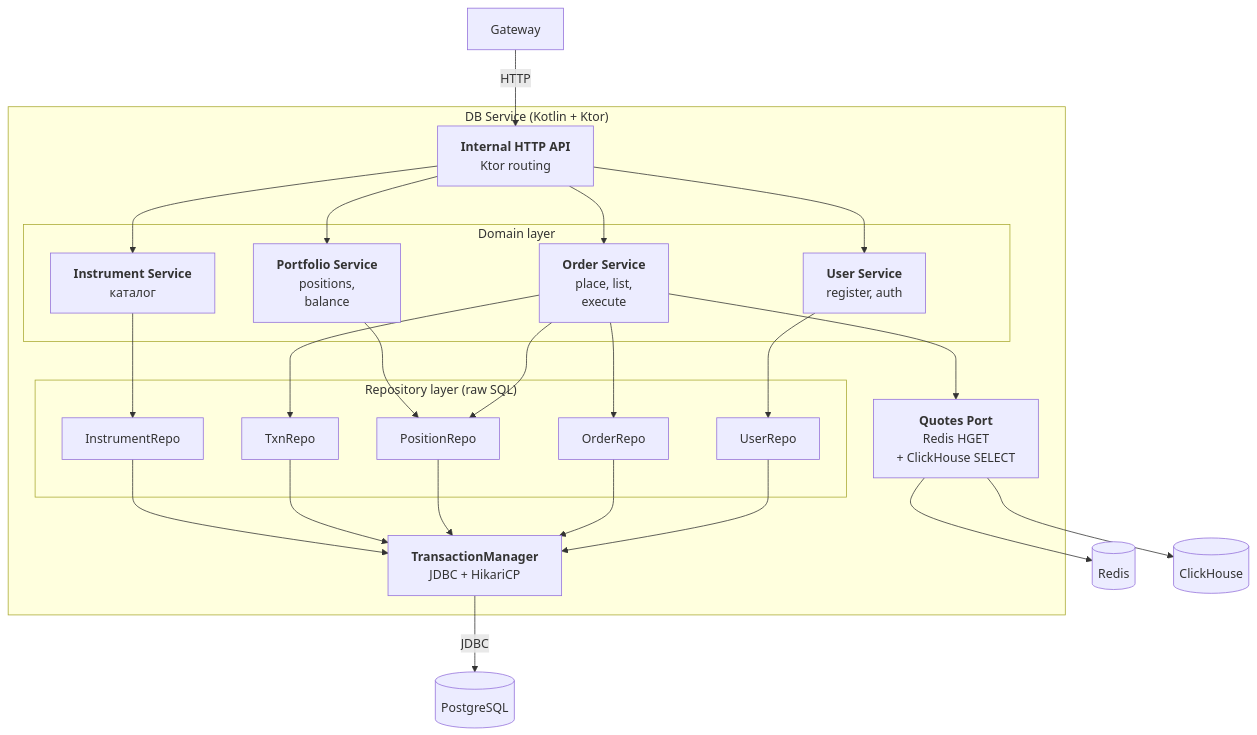
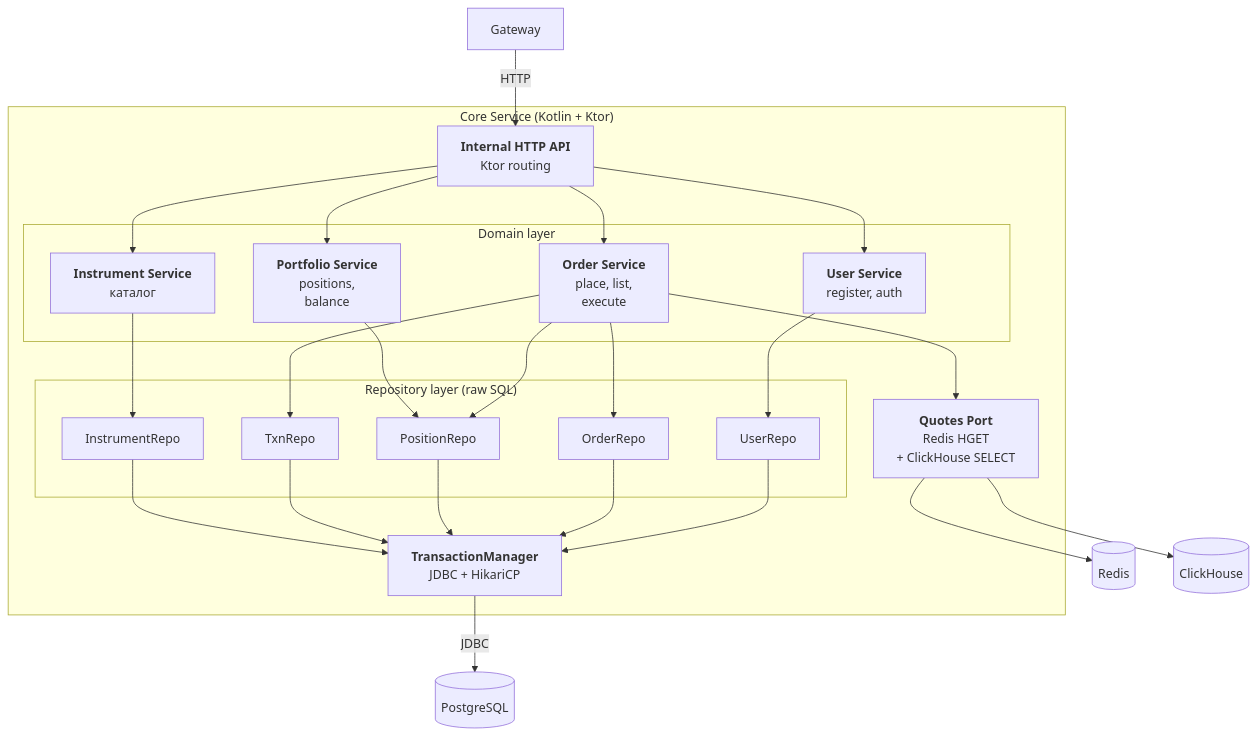
Before and after one commit to r4m63/Stockyard: the second of 6 diagrams in docs/architecture/03-components.md, drawn with Mermaid. The commit also changed other lines of this file and 26 other files, not shown here.

First line of the commit message:
docs(arch): add storage operations, ADRs 007-009, rename DB Service to Core Service

````diff
--- a/docs/architecture/03-components.md
+++ b/docs/architecture/03-components.md
@@ -100,48 +100,48 @@
 ```mermaid
 graph TB
-    subgraph DBSvc["DB Service (Kotlin + Ktor)"]
+    subgraph CoreSvc["Core Service (Kotlin + Ktor)"]
         IntAPI["<b>Internal HTTP API</b><br/>Ktor routing"]
 
         subgraph Domain["Domain layer"]
             UserSvc["<b>User Service</b><br/>register, auth"]
             OrderSvc["<b>Order Service</b><br/>place, list,<br/>execute"]
             PortfolioSvc["<b>Portfolio Service</b><br/>positions,<br/>balance"]
             InstrSvc["<b>Instrument Service</b><br/>каталог"]
         end
 
         subgraph Repos["Repository layer (raw SQL)"]
             UserRepo["UserRepo"]
             OrderRepo["OrderRepo"]
             PositionRepo["PositionRepo"]
             TxnRepo["TxnRepo"]
             InstrRepo["InstrumentRepo"]
         end
 
         TxMgr["<b>TransactionManager</b><br/>JDBC + HikariCP"]
         QuotesPort["<b>Quotes Port</b><br/>Redis HGET<br/>+ ClickHouse SELECT"]
     end
 
     GW["Gateway"]
     PG[("PostgreSQL")]
     Rds[("Redis")]
     CH[("ClickHouse")]
 
     GW -->|HTTP| IntAPI
     IntAPI --> UserSvc
     IntAPI --> OrderSvc
     IntAPI --> PortfolioSvc
     IntAPI --> InstrSvc
 
     UserSvc --> UserRepo
     OrderSvc --> OrderRepo
     OrderSvc --> PositionRepo
     OrderSvc --> TxnRepo
     OrderSvc --> QuotesPort
     PortfolioSvc --> PositionRepo
     InstrSvc --> InstrRepo
 
     UserRepo & OrderRepo & PositionRepo & TxnRepo & InstrRepo --> TxMgr
     TxMgr -->|JDBC| PG
     QuotesPort --> Rds
     QuotesPort --> CH
 ```
````
